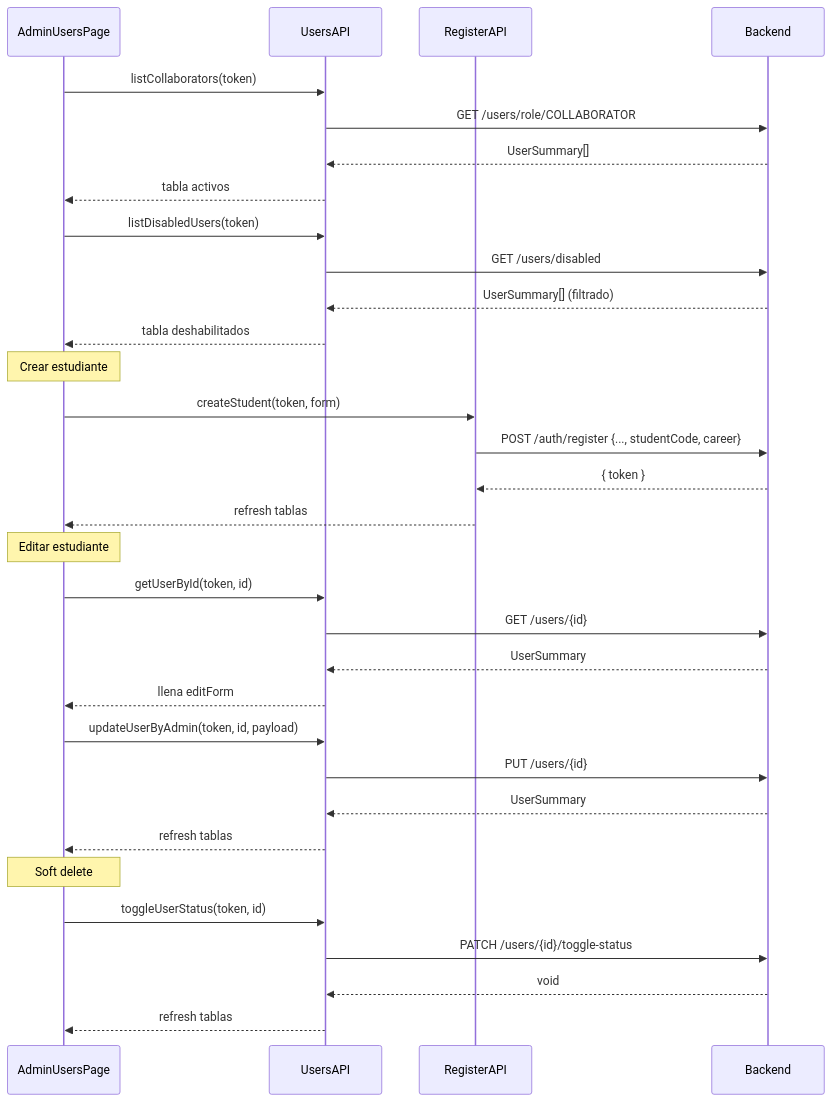
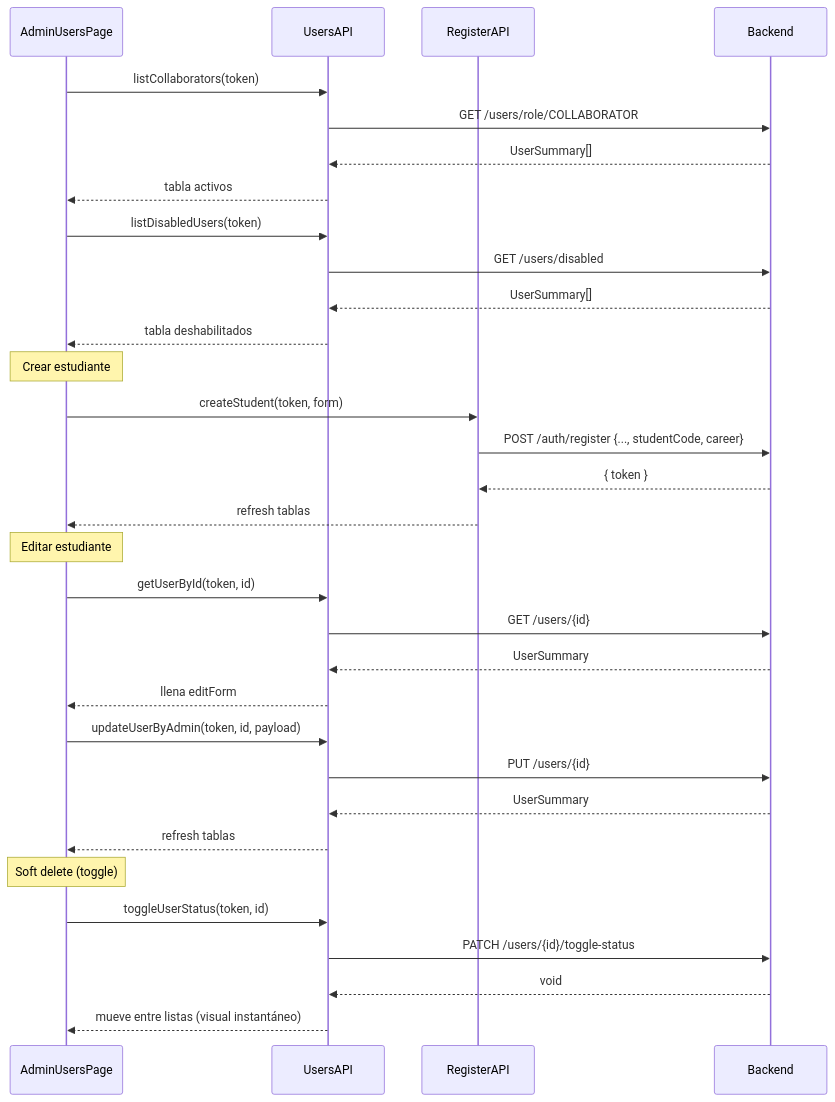
Before and after one commit to Tunkifloo/SynapseOps-platform: the fifth of 12 diagrams in frontend/MOCKUP.md, drawn with Mermaid. The commit also changed other lines of this file, not shown here.

Commit message:
docs(MOCKUP): update with Sprint 1 final state — all endpoints, flows, restructured frontend, Docker stack, bug status

````diff
--- a/frontend/MOCKUP.md
+++ b/frontend/MOCKUP.md
@@ -89,39 +191,39 @@
 ```mermaid
 sequenceDiagram
     participant A as AdminUsersPage
     participant U as UsersAPI
     participant R as RegisterAPI
     participant B as Backend
 
     A->>U: listCollaborators(token)
     U->>B: GET /users/role/COLLABORATOR
     B-->>U: UserSummary[]
     U-->>A: tabla activos
 
     A->>U: listDisabledUsers(token)
     U->>B: GET /users/disabled
-    B-->>U: UserSummary[] (filtrado)
+    B-->>U: UserSummary[]
     U-->>A: tabla deshabilitados
 
     Note over A: Crear estudiante
     A->>R: createStudent(token, form)
     R->>B: POST /auth/register {..., studentCode, career}
     B-->>R: { token }
     R-->>A: refresh tablas
 
     Note over A: Editar estudiante
     A->>U: getUserById(token, id)
     U->>B: GET /users/{id}
     B-->>U: UserSummary
     U-->>A: llena editForm
     A->>U: updateUserByAdmin(token, id, payload)
     U->>B: PUT /users/{id}
     B-->>U: UserSummary
     U-->>A: refresh tablas
 
-    Note over A: Soft delete
+    Note over A: Soft delete (toggle)
     A->>U: toggleUserStatus(token, id)
     U->>B: PATCH /users/{id}/toggle-status
     B-->>U: void
-    U-->>A: refresh tablas
+    U-->>A: mueve entre listas (visual instantáneo)
 ```
````
